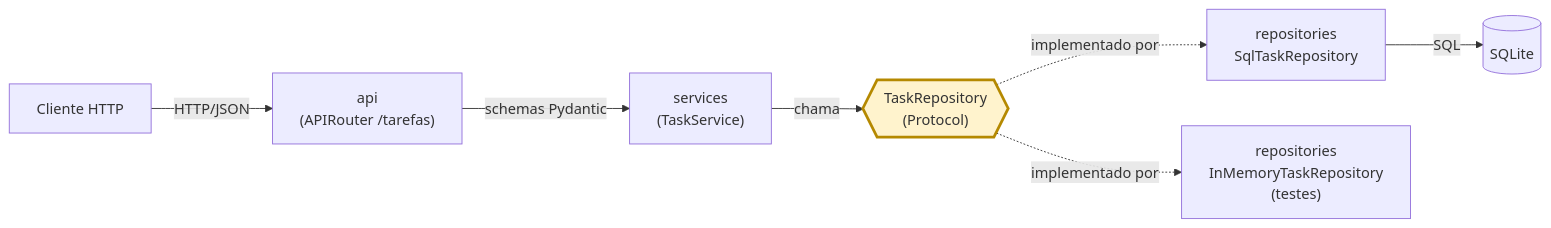
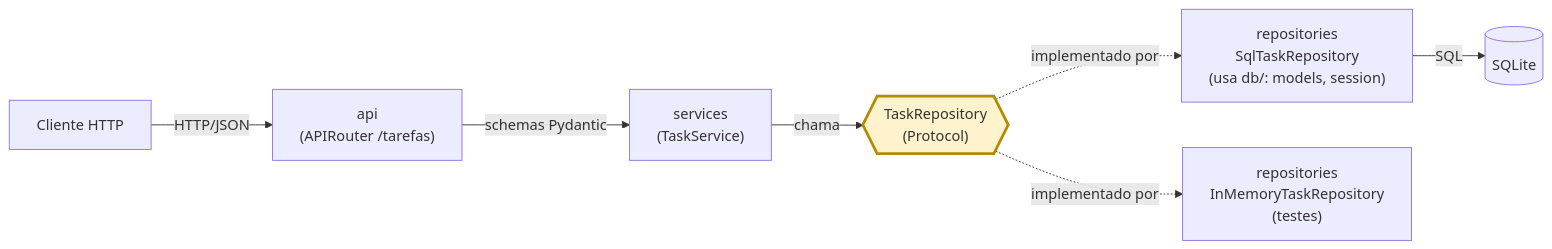
Before and after one commit to andreobcosta/Micro_API_Tarefas: the first of 3 diagrams in docs/architecture.md, drawn with Mermaid. The commit also changed other lines of this file and 17 other files, not shown here.

````diff
--- a/docs/architecture.md
+++ b/docs/architecture.md
@@ -9,19 +9,19 @@
 ```mermaid
 flowchart LR
     Cliente["Cliente HTTP"]
     API["api<br/>(APIRouter /tarefas)"]
     Services["services<br/>(TaskService)"]
     Contract{{"TaskRepository<br/>(Protocol)"}}
-    Sql["repositories<br/>SqlTaskRepository"]
+    Sql["repositories<br/>SqlTaskRepository<br/>(usa db/: models, session)"]
     Mem["repositories<br/>InMemoryTaskRepository<br/>(testes)"]
     DB[("SQLite")]
 
     Cliente -- "HTTP/JSON" --> API
     API -- "schemas Pydantic" --> Services
     Services -- "chama" --> Contract
     Contract -. "implementado por" .-> Sql
     Contract -. "implementado por" .-> Mem
     Sql -- "SQL" --> DB
 
     style Contract fill:#fff3cd,stroke:#b58900,stroke-width:3px
 ```
````
